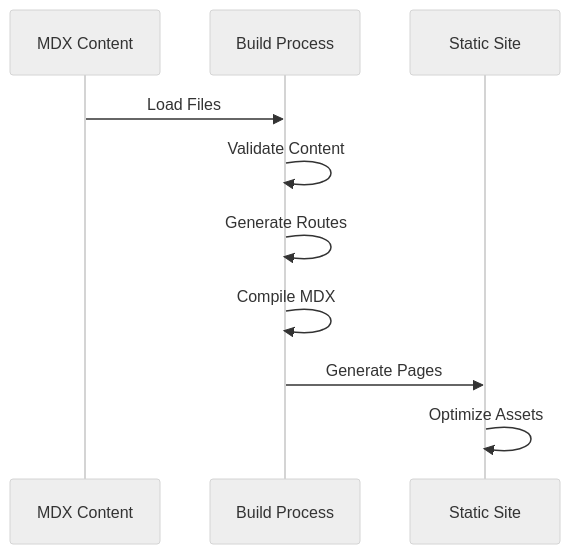
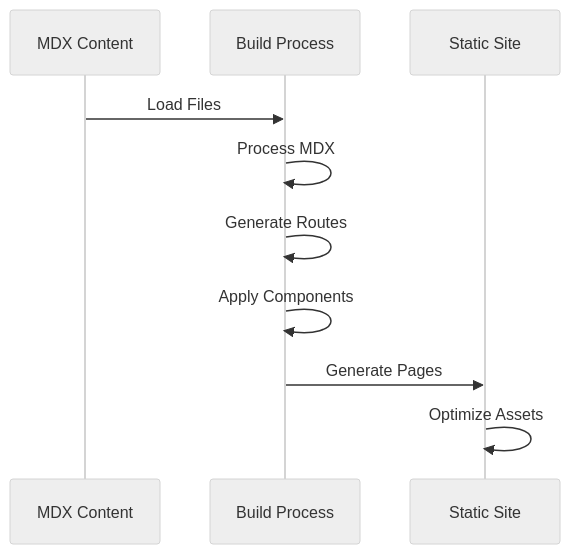
Before and after one commit to ddri/openqase: the third of 5 diagrams in docs/technical-architecture.md, drawn with Mermaid (neutral theme). The commit also changed other lines of this file and 11 other files, not shown here.

````diff
--- a/docs/technical-architecture.md
+++ b/docs/technical-architecture.md
@@ -81,13 +99,13 @@
 ```mermaid
 sequenceDiagram
     participant Content as MDX Content
     participant Build as Build Process
     participant Static as Static Site
     
     Content->>Build: Load Files
-    Build->>Build: Validate Content
+    Build->>Build: Process MDX
     Build->>Build: Generate Routes
-    Build->>Build: Compile MDX
+    Build->>Build: Apply Components
     Build->>Static: Generate Pages
     Static->>Static: Optimize Assets
 ```
````
